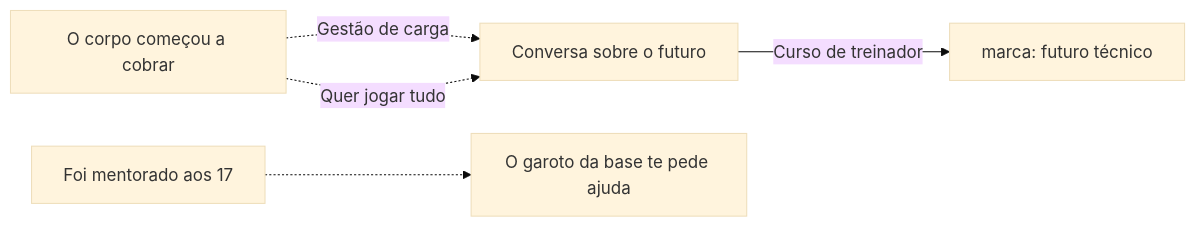
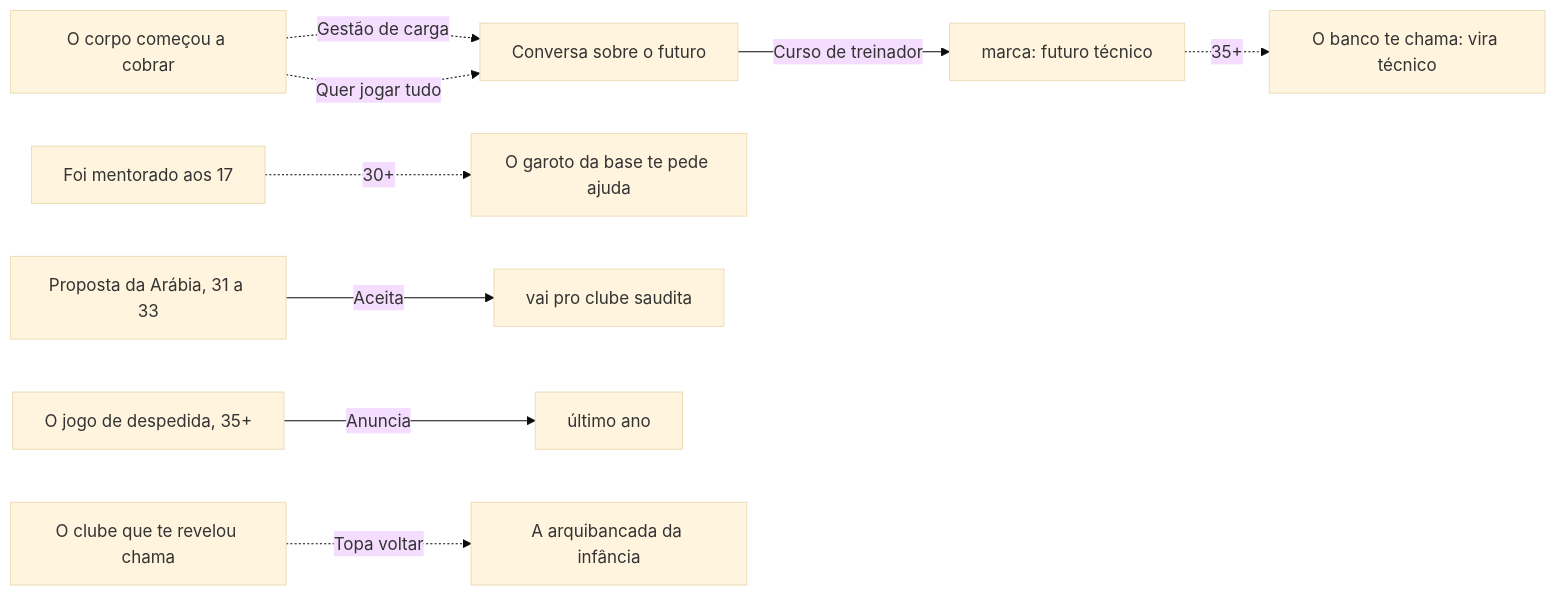
The fourth of 4 diagrams in docs/prata-da-casa-escolhas.md (temdadoemcasa/temdadoemcasa.github.io), drawn with Mermaid (base theme) before and after one commit. The commit also changed other lines of this file and 14 other files, not shown here.

````diff
--- a/docs/prata-da-casa-escolhas.md
+++ b/docs/prata-da-casa-escolhas.md
@@ -93,7 +165,11 @@
 ```mermaid
 flowchart LR
   CO[O corpo começou a cobrar] -.->|Gestão de carga| LE[Conversa sobre o futuro]
   CO -.->|Quer jogar tudo| LE
   LE -->|Curso de treinador| FT[marca: futuro técnico]
-  MEN[Foi mentorado aos 17] -.-> AP[O garoto da base te pede ajuda]
+  FT -.->|35+| INT[O banco te chama: vira técnico]
+  MEN[Foi mentorado aos 17] -.->|30+| AP[O garoto da base te pede ajuda]
+  AR[Proposta da Arábia, 31 a 33] -->|Aceita| AS2[vai pro clube saudita]
+  DES[O jogo de despedida, 35+] -->|Anuncia| FIM[último ano]
+  FORM[O clube que te revelou chama] -.->|Topa voltar| CASA[A arquibancada da infância]
 ```
````
